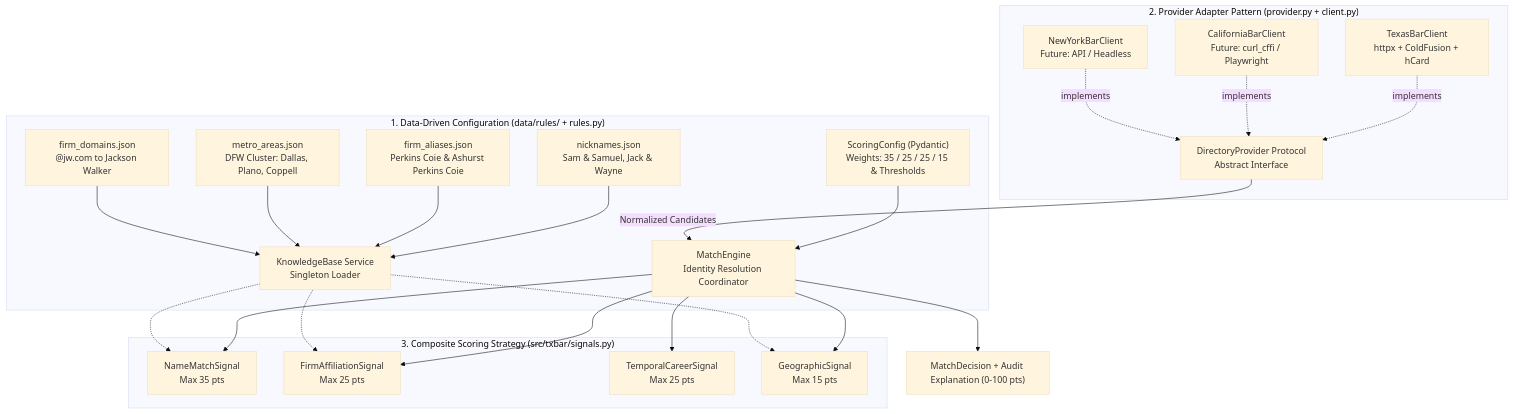
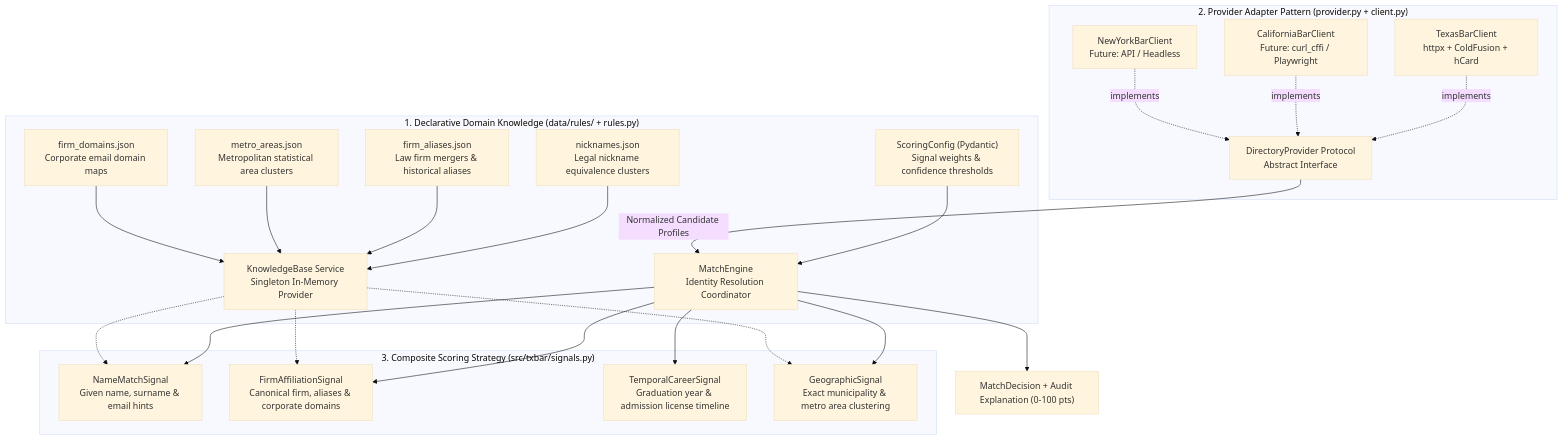
Before and after one commit to zebok/attorney-scrapper: the second of 4 diagrams in docs/DIAGRAMS_EN.md, drawn with Mermaid (base theme). The commit also changed other lines of this file and 8 other files, not shown here.

````diff
--- a/docs/DIAGRAMS_EN.md
+++ b/docs/DIAGRAMS_EN.md
@@ -50,29 +51,29 @@
 ```mermaid
 flowchart TD
-    subgraph DataDriven["1. Data-Driven Configuration (data/rules/ + rules.py)"]
-        R1["nicknames.json<br/>Sam & Samuel, Jack & Wayne"] --> KB["KnowledgeBase Service<br/>Singleton Loader"]
-        R2["firm_aliases.json<br/>Perkins Coie & Ashurst Perkins Coie"] --> KB
-        R3["metro_areas.json<br/>DFW Cluster: Dallas, Plano, Coppell"] --> KB
-        R4["firm_domains.json<br/>@jw.com to Jackson Walker"] --> KB
-        CFG["ScoringConfig (Pydantic)<br/>Weights: 35 / 25 / 25 / 15 & Thresholds"] --> ENG["MatchEngine<br/>Identity Resolution Coordinator"]
+    subgraph DataDriven["1. Declarative Domain Knowledge (data/rules/ + rules.py)"]
+        R1["nicknames.json<br/>Legal nickname equivalence clusters"] --> KB["KnowledgeBase Service<br/>Singleton In-Memory Provider"]
+        R2["firm_aliases.json<br/>Law firm mergers & historical aliases"] --> KB
+        R3["metro_areas.json<br/>Metropolitan statistical area clusters"] --> KB
+        R4["firm_domains.json<br/>Corporate email domain maps"] --> KB
+        CFG["ScoringConfig (Pydantic)<br/>Signal weights & confidence thresholds"] --> ENG["MatchEngine<br/>Identity Resolution Coordinator"]
     end
 
     subgraph ProviderPattern["2. Provider Adapter Pattern (provider.py + client.py)"]
         TXP["TexasBarClient<br/>httpx + ColdFusion + hCard"] -.->|"implements"| DP["DirectoryProvider Protocol<br/>Abstract Interface"]
         CAP["CaliforniaBarClient<br/>Future: curl_cffi / Playwright"] -.->|"implements"| DP
         NYP["NewYorkBarClient<br/>Future: API / Headless"] -.->|"implements"| DP
     end
 
     subgraph CompositeScoring["3. Composite Scoring Strategy (src/txbar/signals.py)"]
-        ENG --> S1["NameMatchSignal<br/>Max 35 pts"]
-        ENG --> S2["FirmAffiliationSignal<br/>Max 25 pts"]
-        ENG --> S3["TemporalCareerSignal<br/>Max 25 pts"]
-        ENG --> S4["GeographicSignal<br/>Max 15 pts"]
+        ENG --> S1["NameMatchSignal<br/>Given name, surname & email hints"]
+        ENG --> S2["FirmAffiliationSignal<br/>Canonical firm, aliases & corporate domains"]
+        ENG --> S3["TemporalCareerSignal<br/>Graduation year & admission license timeline"]
+        ENG --> S4["GeographicSignal<br/>Exact municipality & metro area clustering"]
         KB -.-> S1
         KB -.-> S2
         KB -.-> S4
     end
 
-    DP -->|"Normalized Candidates"| ENG
+    DP -->|"Normalized Candidate Profiles"| ENG
     ENG --> OUT["MatchDecision + Audit Explanation (0-100 pts)"]
 ```
````
